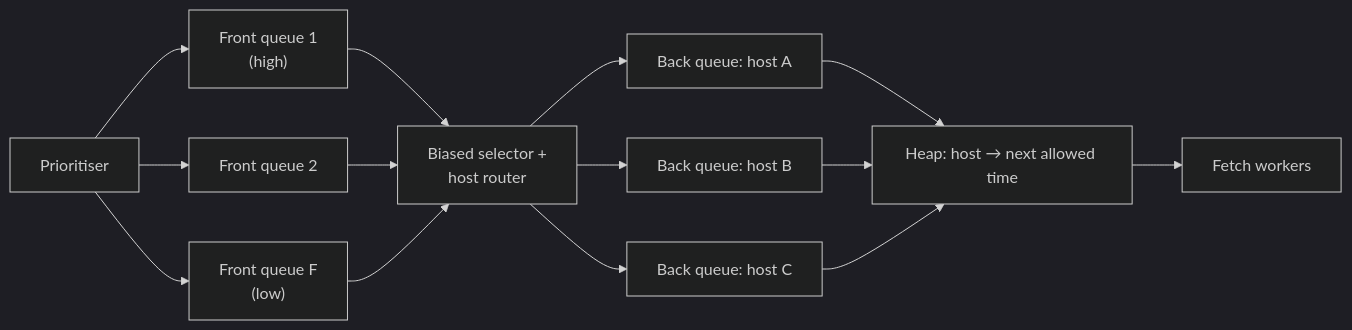
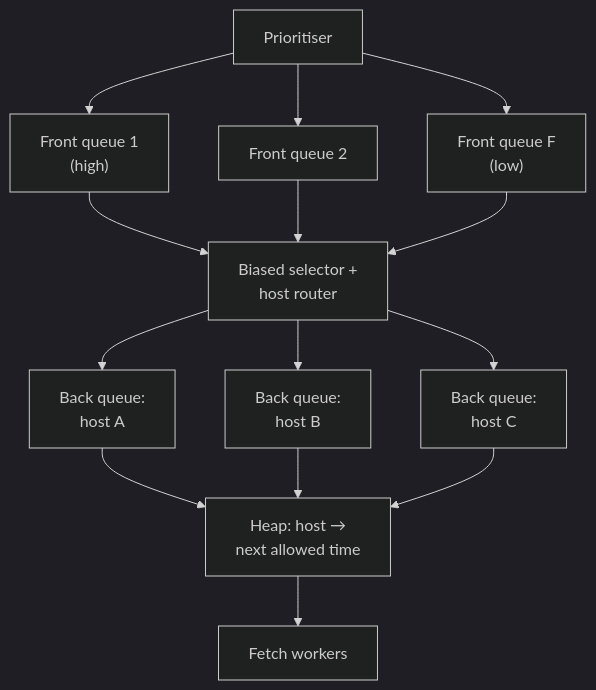
One commit to butyavk/system-design changed the second of 3 diagrams in src/content/docs/practice/web-crawler.mdx. Above: the diagram before and after it, drawn with Mermaid (dark theme). The commit also changed other lines of this file and 144 other files, not shown here.

````diff
--- a/src/content/docs/practice/web-crawler.mdx
+++ b/src/content/docs/practice/web-crawler.mdx
@@ -100,12 +100,12 @@
 ```mermaid
-flowchart LR
+flowchart TB
   pri["Prioritiser"] --> f1["Front queue 1<br/>(high)"]
   pri --> f2["Front queue 2"]
   pri --> f3["Front queue F<br/>(low)"]
   f1 & f2 & f3 --> router["Biased selector +<br/>host router"]
-  router --> b1["Back queue: host A"]
-  router --> b2["Back queue: host B"]
-  router --> b3["Back queue: host C"]
-  b1 & b2 & b3 --> heap["Heap: host → next allowed time"]
+  router --> b1["Back queue:<br/>host A"]
+  router --> b2["Back queue:<br/>host B"]
+  router --> b3["Back queue:<br/>host C"]
+  b1 & b2 & b3 --> heap["Heap: host →<br/>next allowed time"]
   heap --> workers["Fetch workers"]
 ```
````
